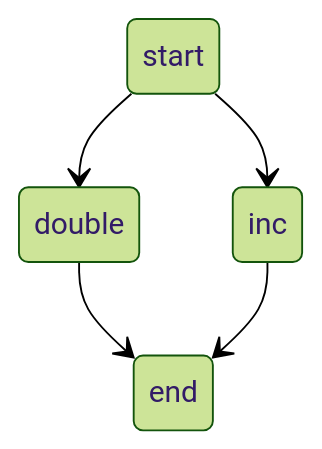
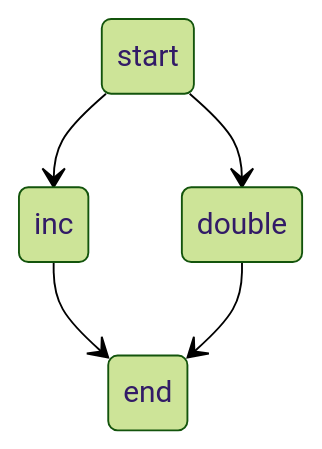
Before and after one commit to nquangtrung/agentgo: the diagram in graph/graph_visualize_test_fanout.md, drawn with Mermaid (forest theme). The commit also changed other lines of this file and 12 other files, not shown here.

````diff
--- a/graph/graph_visualize_test_fanout.md
+++ b/graph/graph_visualize_test_fanout.md
@@ -1,12 +1,12 @@
 ```mermaid
 stateDiagram-v2
-    state "start" as start
     state "end" as end
     state "inc" as inc
     state "double" as double
-    double --> end : 
+    state "start" as start
     start --> inc : 
     start --> double : 
     inc --> end : 
+    double --> end : 
 
 ```
````
